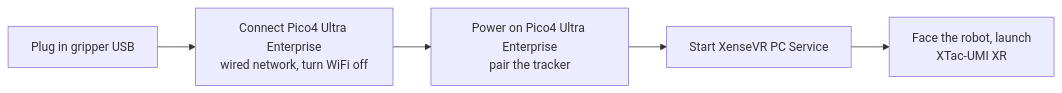
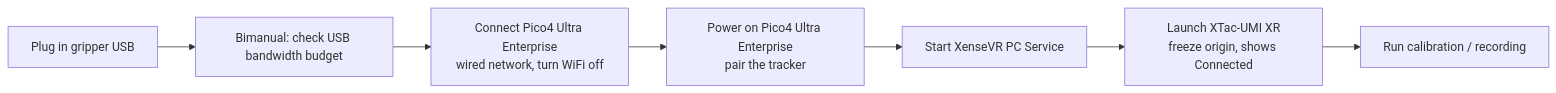
One commit to XenseRobotics-AI/XTac-UMI-G1-Docs changed the diagram in docs/quickstart.en.md. Above: the diagram before and after it, drawn with Mermaid. The commit also changed other lines of this file and 128 other files, not shown here.

````diff
--- a/docs/quickstart.en.md
+++ b/docs/quickstart.en.md
@@ -32,4 +43,9 @@
 ```mermaid
 flowchart LR
-    A[Plug in gripper USB] --> N[Connect Pico4 Ultra Enterprise<br/>wired network, turn WiFi off] --> B[Power on Pico4 Ultra Enterprise<br/>pair the tracker] --> D[Start XenseVR PC Service] --> C[Face the robot, launch<br/>XTac-UMI XR]
+    A[Plug in gripper USB] --> U[Bimanual: check USB bandwidth budget]
+    U --> N[Connect Pico4 Ultra Enterprise<br/>wired network, turn WiFi off]
+    N --> B[Power on Pico4 Ultra Enterprise<br/>pair the tracker]
+    B --> D[Start XenseVR PC Service]
+    D --> C[Launch XTac-UMI XR<br/>freeze origin, shows Connected]
+    C --> E[Run calibration / recording]
 ```
````
